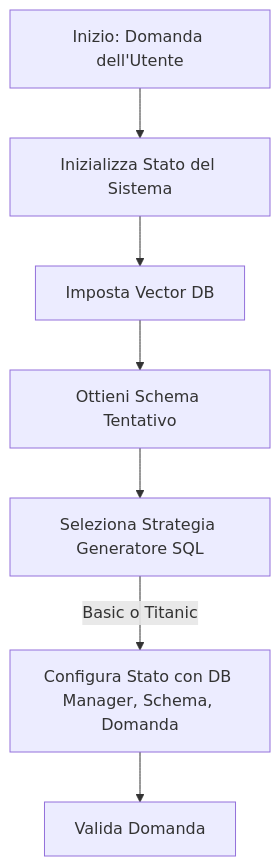
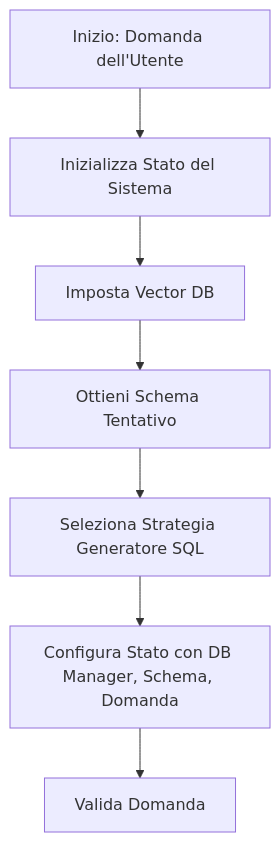
The diagram in legacy-docs/thothdocs-import/original-site/5-reference_manual/5.3-workflow/5.3.1-preliminary_steps.md (mptyl/ThothAI), drawn with Mermaid before and after one commit. The commit also changed other lines of this file and 12 other files, not shown here.

````diff
--- a/legacy-docs/thothdocs-import/original-site/5-reference_manual/5.3-workflow/5.3.1-preliminary_steps.md
+++ b/legacy-docs/thothdocs-import/original-site/5-reference_manual/5.3-workflow/5.3.1-preliminary_steps.md
@@ -16,11 +16,11 @@
     ```mermaid
     graph TD
         A[Inizio: Domanda dell'Utente] --> B[Inizializza Stato del Sistema]
 
         B --> C[Imposta Vector DB]
         C --> D[Ottieni Schema Tentativo]
         D --> E[Seleziona Strategia Generatore SQL]
-        E -->|Basic o Titanic| F[Configura Stato con DB Manager, Schema, Domanda]
+        E --> F[Configura Stato con DB Manager, Schema, Domanda]
         F --> G[Valida Domanda]
 
     ```
````
